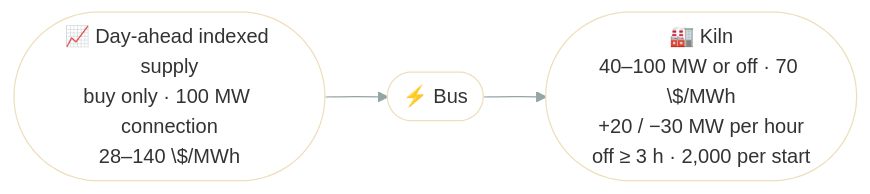
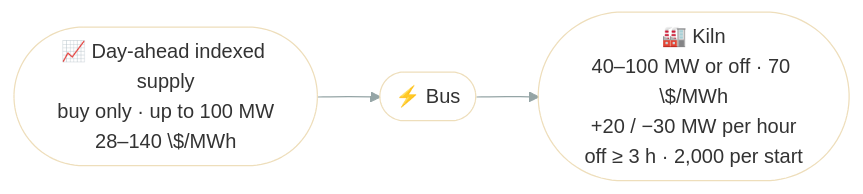
Before and after one commit to ramirocrc/odys: the diagram in docs/examples/demand_response.md, drawn with Mermaid. The commit also changed other lines of this file and 6 other files, not shown here.

````diff
--- a/docs/examples/demand_response.md
+++ b/docs/examples/demand_response.md
@@ -17,9 +17,9 @@
 ```mermaid
 %%{init: {"theme": "base", "themeVariables": {"lineColor": "#95A5A6"}}}%%
 flowchart LR
-    Supply(["📈 Day-ahead indexed supply<br/>buy only · 100 MW connection<br/>28–140 \$/MWh"]) --> Bus(["⚡ Bus"])
+    Supply(["📈 Day-ahead indexed supply<br/>buy only · up to 100 MW<br/>28–140 \$/MWh"]) --> Bus(["⚡ Bus"])
     Bus --> Kiln(["🏭 Kiln<br/>40–100 MW or off · 70 \$/MWh<br/>+20 / −30 MW per hour<br/>off ≥ 3 h · 2,000 per start"])
     style Supply fill:none
     style Bus fill:none
     style Kiln fill:none
 ```
````
